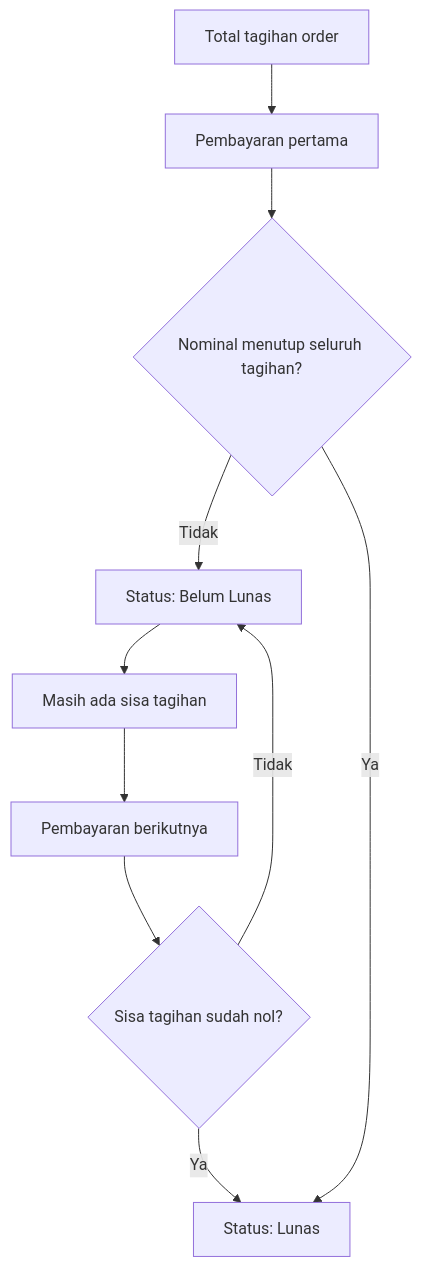
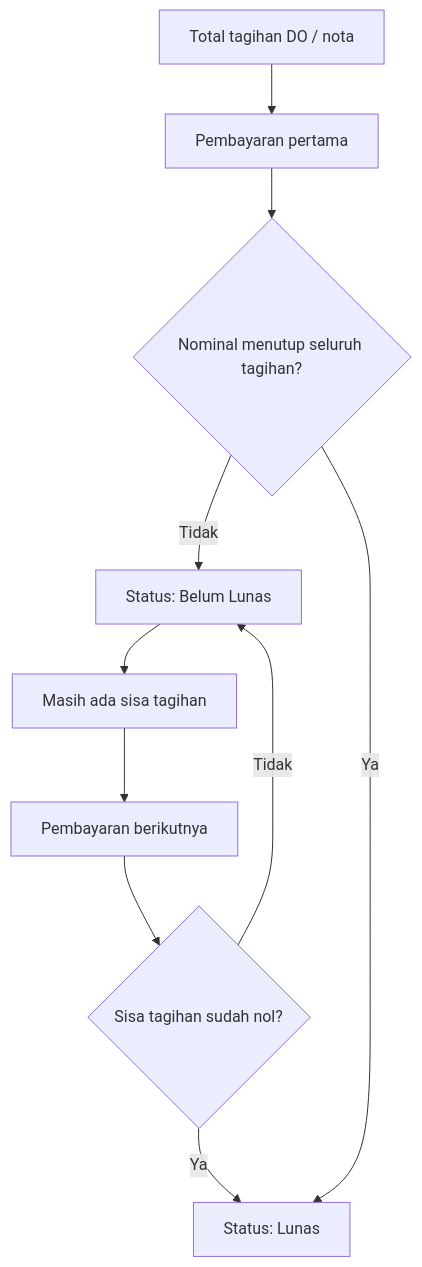
One commit to fachrianalbar/fms-phl changed the fourth of 6 diagrams in md/pembayaran-langsung.md. Above: the diagram before and after it, drawn with Mermaid. The commit also changed other lines of this file and 22 other files, not shown here.

Commit message:
Add note grouping and multi-DO payment flow

````diff
--- a/md/pembayaran-langsung.md
+++ b/md/pembayaran-langsung.md
@@ -120,12 +222,12 @@
 ```mermaid
 flowchart TD
-    A[Total tagihan order] --> B[Pembayaran pertama]
+    A[Total tagihan DO / nota] --> B[Pembayaran pertama]
     B --> C{Nominal menutup seluruh tagihan?}
     C -->|Tidak| D[Status: Belum Lunas]
     D --> E[Masih ada sisa tagihan]
     E --> F[Pembayaran berikutnya]
     F --> G{Sisa tagihan sudah nol?}
     G -->|Tidak| D
     G -->|Ya| H[Status: Lunas]
     C -->|Ya| H
 ```
````
